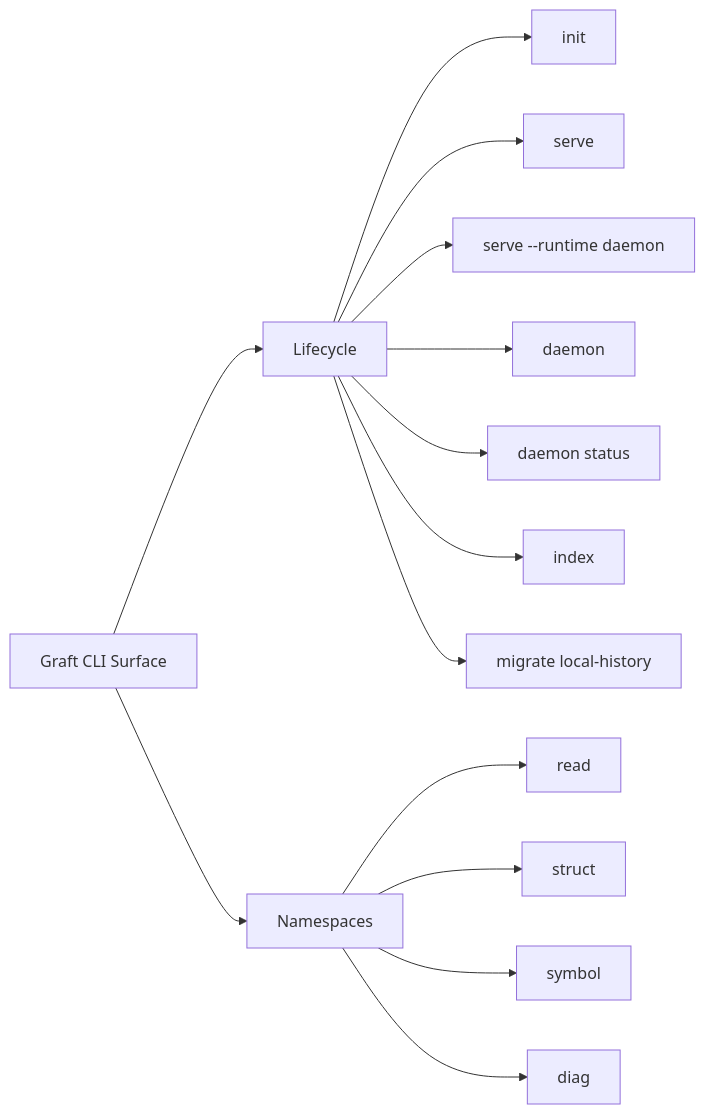
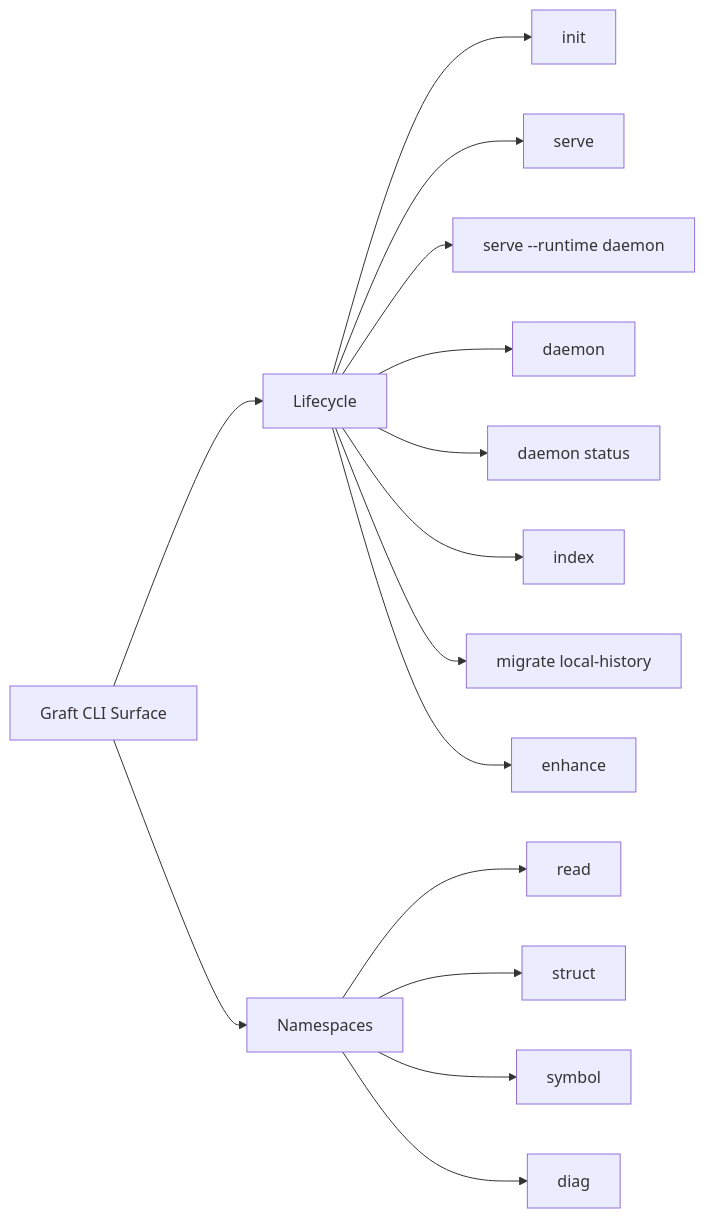
One commit to flyingrobots/graft changed the diagram in docs/CLI.md. Above: the diagram before and after it, drawn with Mermaid. The commit also changed other lines of this file and 25 other files, not shown here.

````diff
--- a/docs/CLI.md
+++ b/docs/CLI.md
@@ -5,16 +5,17 @@
 ```mermaid
 flowchart LR
     A[Graft CLI Surface] --> B[Lifecycle]
     A --> C[Namespaces]
     B --> B1[init]
     B --> B2[serve]
     B --> B3[serve --runtime daemon]
     B --> B4[daemon]
     B --> B5[daemon status]
     B --> B6[index]
     B --> B7[migrate local-history]
+    B --> B8[enhance]
     C --> C1[read]
     C --> C2[struct]
     C --> C3[symbol]
     C --> C4[diag]
 ```
````
